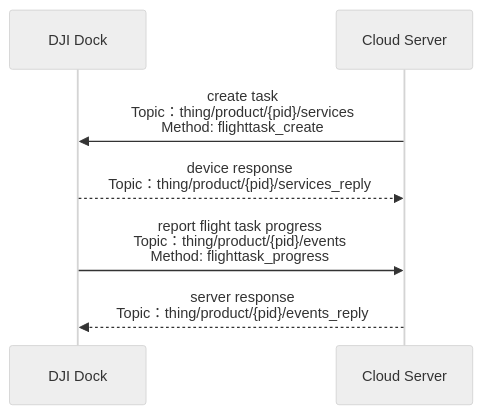
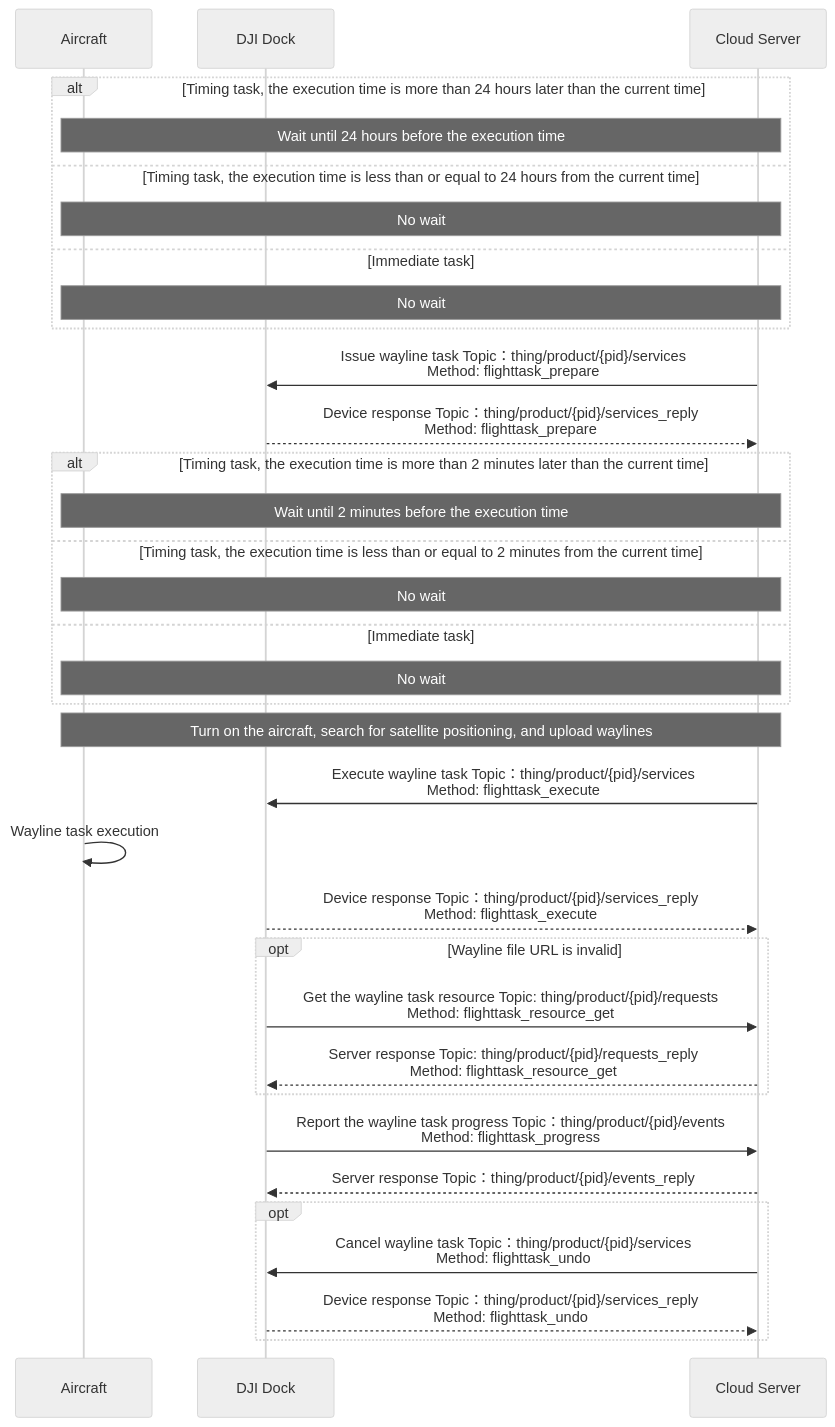
Before and after one commit to dji-sdk/Cloud-API-Doc: the diagram in docs/en/30.feature-set/20.dock-feature-set/50.dock-wayline-management.md, drawn with Mermaid (neutral theme). The commit also changed other lines of this file and 39 other files, not shown here.

````diff
--- a/docs/en/30.feature-set/20.dock-feature-set/50.dock-wayline-management.md
+++ b/docs/en/30.feature-set/20.dock-feature-set/50.dock-wayline-management.md
@@ -32,14 +13,44 @@
 ```mermaid
 sequenceDiagram
 
+participant object as Aircraft
 participant client  as DJI Dock
 participant server as Cloud Server
 
+alt Timing task, the execution time is more than 24 hours later than the current time
+note over object,server: Wait until 24 hours before the execution time
+else Timing task, the execution time is less than or equal to 24 hours from the current time
+note over object,server: No wait
+else Immediate task
+note over object,server: No wait
+end
 
-server ->> client : create task<br/>Topic：thing/product/{pid}/services<br/>Method: flighttask_create
-client -->> server : device response<br/>Topic：thing/product/{pid}/services_reply
+server ->> client: Issue wayline task Topic：thing/product/{pid}/services<br/>Method: flighttask_prepare
+client -->> server: Device response Topic：thing/product/{pid}/services_reply<br/>Method: flighttask_prepare
 
-client ->> server : report flight task progress<br/>Topic：thing/product/{pid}/events<br/>Method: flighttask_progress
-server -->> client : server response<br/>Topic：thing/product/{pid}/events_reply
+alt Timing task, the execution time is more than 2 minutes later than the current time
+note over object,server: Wait until 2 minutes before the execution time
+else Timing task, the execution time is less than or equal to 2 minutes from the current time
+note over object,server: No wait
+else Immediate task
+note over object,server: No wait
+end
 
+note over object,server: Turn on the aircraft, search for satellite positioning, and upload waylines
+server ->> client: Execute wayline task Topic：thing/product/{pid}/services<br/>Method: flighttask_execute
+object ->> object: Wayline task execution
+client -->> server: Device response Topic：thing/product/{pid}/services_reply<br/>Method: flighttask_execute
+
+opt Wayline file URL is invalid
+client ->> server: Get the wayline task resource Topic: thing/product/{pid}/requests<br/>Method: flighttask_resource_get
+server -->> client: Server response Topic: thing/product/{pid}/requests_reply<br/>Method: flighttask_resource_get
+end
+
+client ->> server: Report the wayline task progress Topic：thing/product/{pid}/events<br/>Method: flighttask_progress
+server -->> client: Server response Topic：thing/product/{pid}/events_reply
+
+opt
+server ->> client: Cancel wayline task Topic：thing/product/{pid}/services<br/>Method: flighttask_undo
+client -->> server: Device response Topic：thing/product/{pid}/services_reply<br/>Method: flighttask_undo
+end
 ```
````
